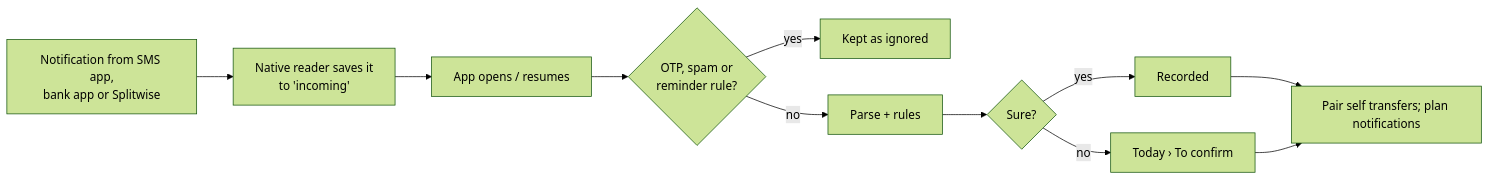
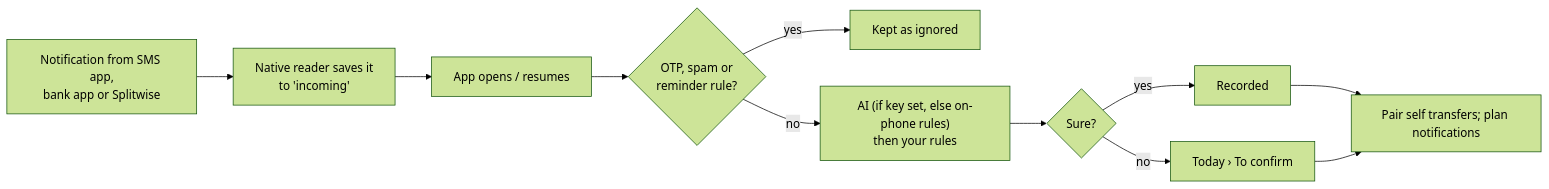
One commit to barney9545/LifeTracker changed the second of 2 diagrams in docs/plans/one-android-app.md. Above: the diagram before and after it, drawn with Mermaid (forest theme). The commit also changed other lines of this file, not shown here.

First line of the commit message:
Plan v3: optional AI parsing with the user's own key, rules by default

````diff
--- a/docs/plans/one-android-app.md
+++ b/docs/plans/one-android-app.md
@@ -335,13 +385,13 @@
 ```mermaid
 flowchart LR
   N["Notification from SMS app,<br/>bank app or Splitwise"] --> Q["Native reader saves it<br/>to 'incoming'"]
   Q --> O["App opens / resumes"]
   O --> F{"OTP, spam or<br/>reminder rule?"}
   F -- yes --> I["Kept as ignored"]
-  F -- no --> P["Parse + rules"]
+  F -- no --> P["AI (if key set, else on-phone rules)<br/>then your rules"]
   P --> C{"Sure?"}
   C -- yes --> T["Recorded"]
   C -- no --> R["Today › To confirm"]
   T --> S["Pair self transfers; plan notifications"]
   R --> S
 ```
````
